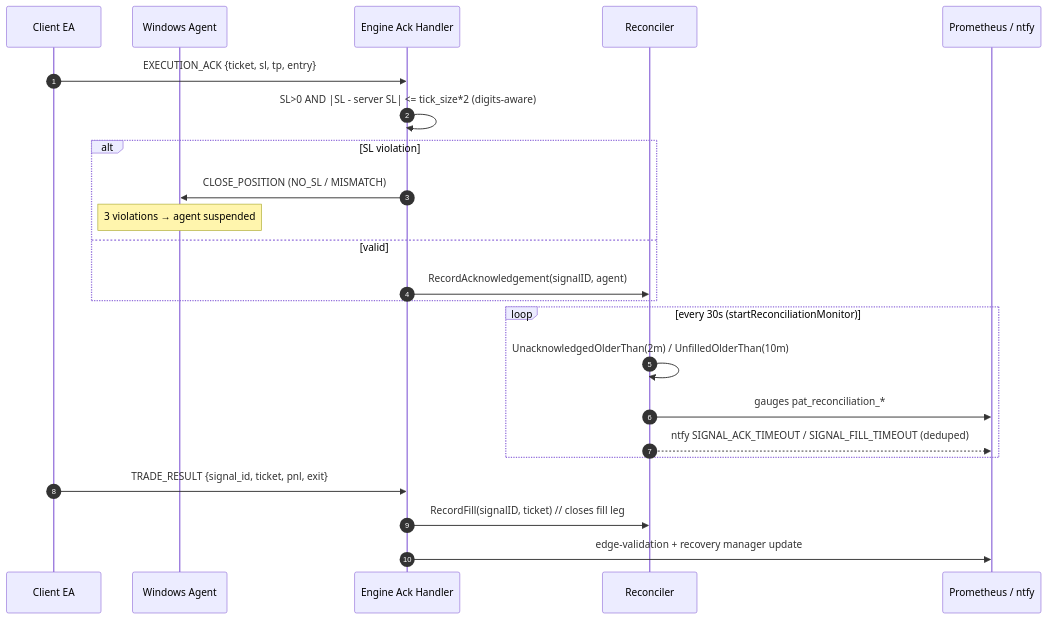
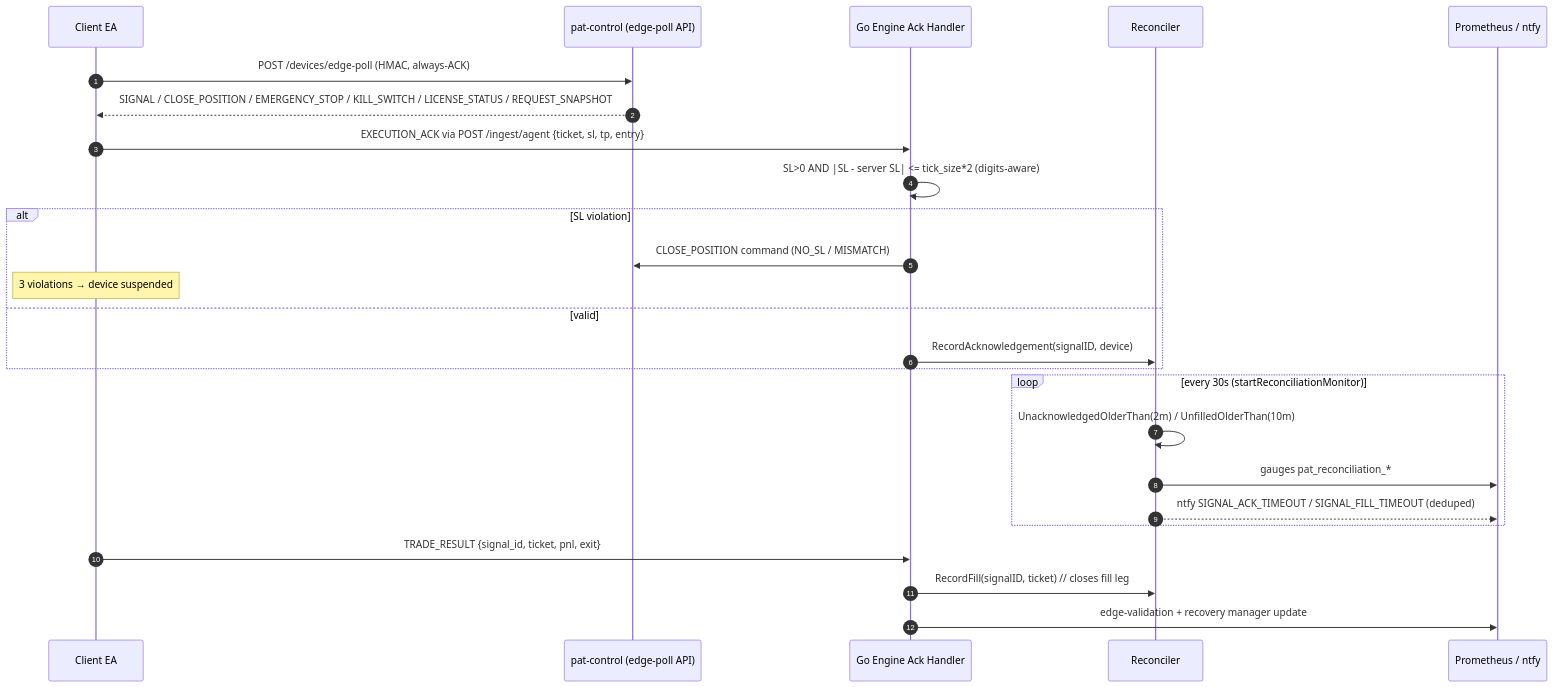
Before and after one commit to simhaonline/predictatrade: the third of 9 diagrams in docs/architecture/FLOW_DIAGRAMS.md, drawn with Mermaid. The commit also changed other lines of this file and 13 other files, not shown here.

Commit message:
docs: v1.29.0 docs sweep — Option B transport everywhere; flow diagrams rewired to ingest/agent + edge-poll; delivery model corrected to enqueue-SQL entitlements + fail-closed AgentAccountOK; 7-engine counts; guides de-Windows-Agented; MANIFEST/README/sidebar/test-procedure synced

````diff
--- a/docs/architecture/FLOW_DIAGRAMS.md
+++ b/docs/architecture/FLOW_DIAGRAMS.md
@@ -113,26 +108,28 @@
 ```mermaid
 sequenceDiagram
     autonumber
     participant EA as Client EA
-    participant WS as Windows Agent
-    participant E as Engine Ack Handler
+    participant CP as pat-control (edge-poll API)
+    participant E as Go Engine Ack Handler
     participant R as Reconciler
     participant P as Prometheus / ntfy
 
-    EA->>E: EXECUTION_ACK {ticket, sl, tp, entry}
+    EA->>CP: POST /devices/edge-poll (HMAC, always-ACK)
+    CP-->>EA: SIGNAL / CLOSE_POSITION / EMERGENCY_STOP / KILL_SWITCH / LICENSE_STATUS / REQUEST_SNAPSHOT
+    EA->>E: EXECUTION_ACK via POST /ingest/agent {ticket, sl, tp, entry}
     E->>E: SL>0 AND |SL - server SL| <= tick_size*2 (digits-aware)
     alt SL violation
-        E->>WS: CLOSE_POSITION (NO_SL / MISMATCH)
-        Note over WS: 3 violations → agent suspended
+        E->>CP: CLOSE_POSITION command (NO_SL / MISMATCH)
+        Note over EA: 3 violations → device suspended
     else valid
-        E->>R: RecordAcknowledgement(signalID, agent)
+        E->>R: RecordAcknowledgement(signalID, device)
     end
     loop every 30s (startReconciliationMonitor)
         R->>R: UnacknowledgedOlderThan(2m) / UnfilledOlderThan(10m)
         R->>P: gauges pat_reconciliation_*
         R-->>P: ntfy SIGNAL_ACK_TIMEOUT / SIGNAL_FILL_TIMEOUT (deduped)
     end
     EA->>E: TRADE_RESULT {signal_id, ticket, pnl, exit}
     E->>R: RecordFill(signalID, ticket)  // closes fill leg
     E->>P: edge-validation + recovery manager update
 ```
````
